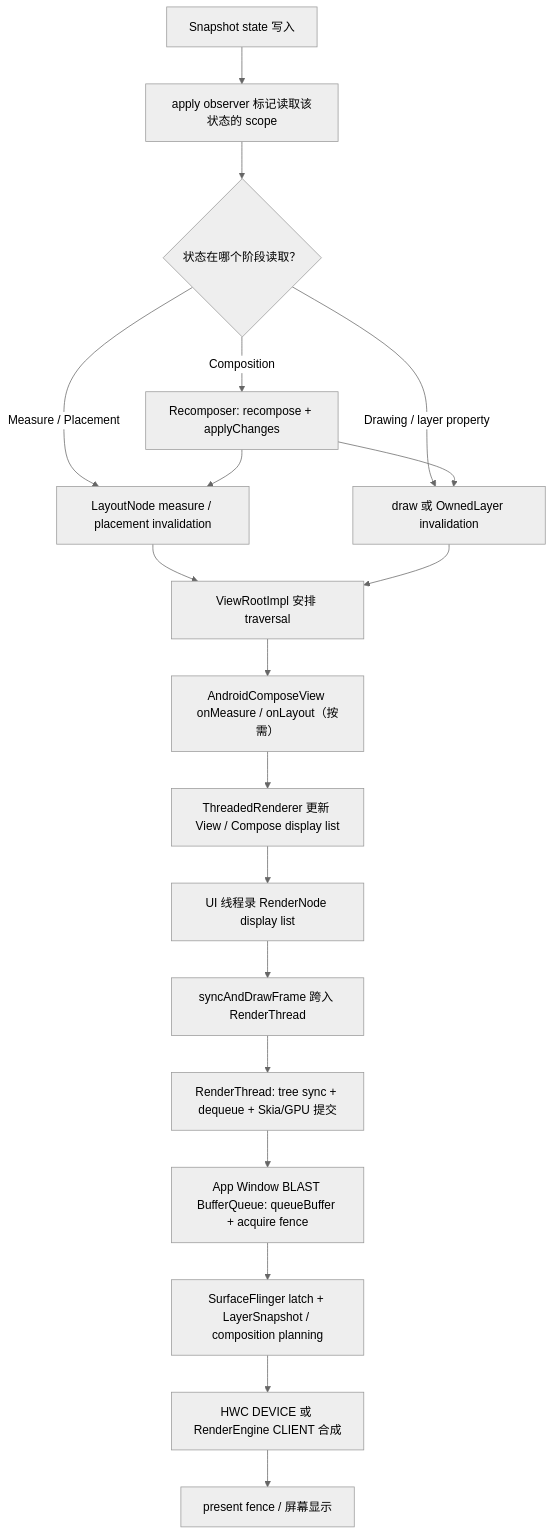
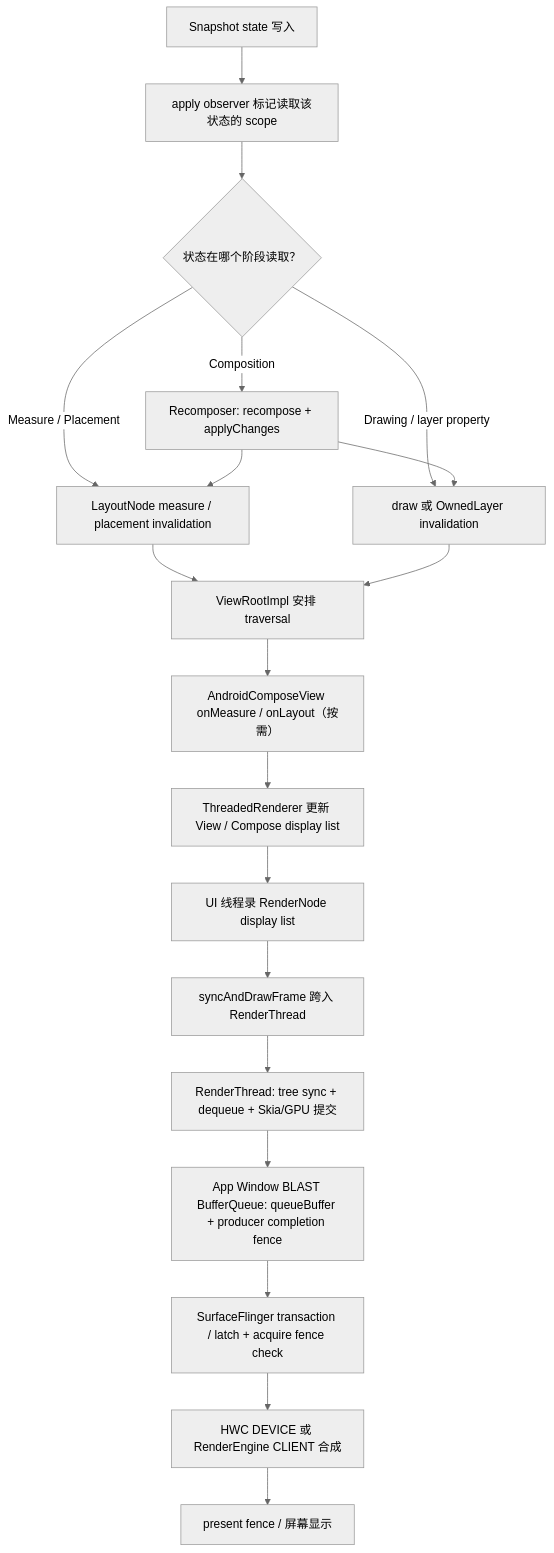
The second of 2 diagrams in src/part2-performance/ch18-rendering-pipelines/25-compose-rendering-pipeline.md (Gracker/android-internals-wiki), drawn with Mermaid (neutral theme) before and after one commit. The commit also changed other lines of this file, not shown here.

````diff
--- a/src/part2-performance/ch18-rendering-pipelines/25-compose-rendering-pipeline.md
+++ b/src/part2-performance/ch18-rendering-pipelines/25-compose-rendering-pipeline.md
@@ -255,21 +348,21 @@
 ```mermaid
 flowchart TD
     A["Snapshot state 写入"] --> B["apply observer 标记读取该状态的 scope"]
     B --> C{"状态在哪个阶段读取？"}
     C -->|"Composition"| D["Recomposer: recompose + applyChanges"]
     C -->|"Measure / Placement"| E["LayoutNode measure / placement invalidation"]
     C -->|"Drawing / layer property"| F["draw 或 OwnedLayer invalidation"]
     D --> E
     D --> F
     E --> G["ViewRootImpl 安排 traversal"]
     F --> G
     G --> H["AndroidComposeView onMeasure / onLayout（按需）"]
     H --> I["ThreadedRenderer 更新 View / Compose display list"]
     I --> J["UI 线程录 RenderNode display list"]
     J --> K["syncAndDrawFrame 跨入 RenderThread"]
     K --> L["RenderThread: tree sync + dequeue + Skia/GPU 提交"]
-    L --> M["App Window BLAST BufferQueue: queueBuffer + acquire fence"]
-    M --> N["SurfaceFlinger latch + LayerSnapshot / composition planning"]
+    L --> M["App Window BLAST BufferQueue: queueBuffer + producer completion fence"]
+    M --> N["SurfaceFlinger transaction / latch + acquire fence check"]
     N --> O["HWC DEVICE 或 RenderEngine CLIENT 合成"]
     O --> P["present fence / 屏幕显示"]
 ```
````
